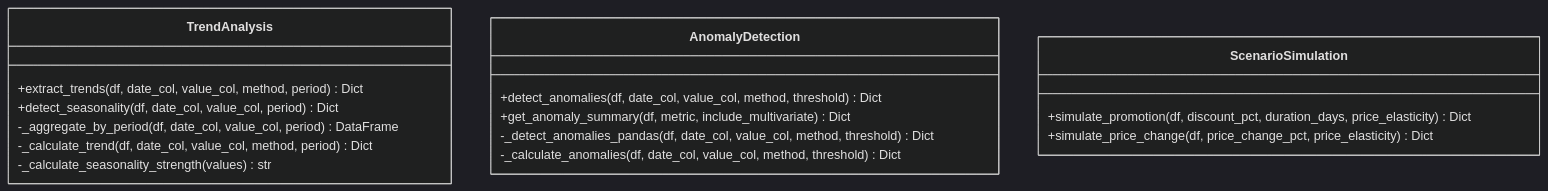
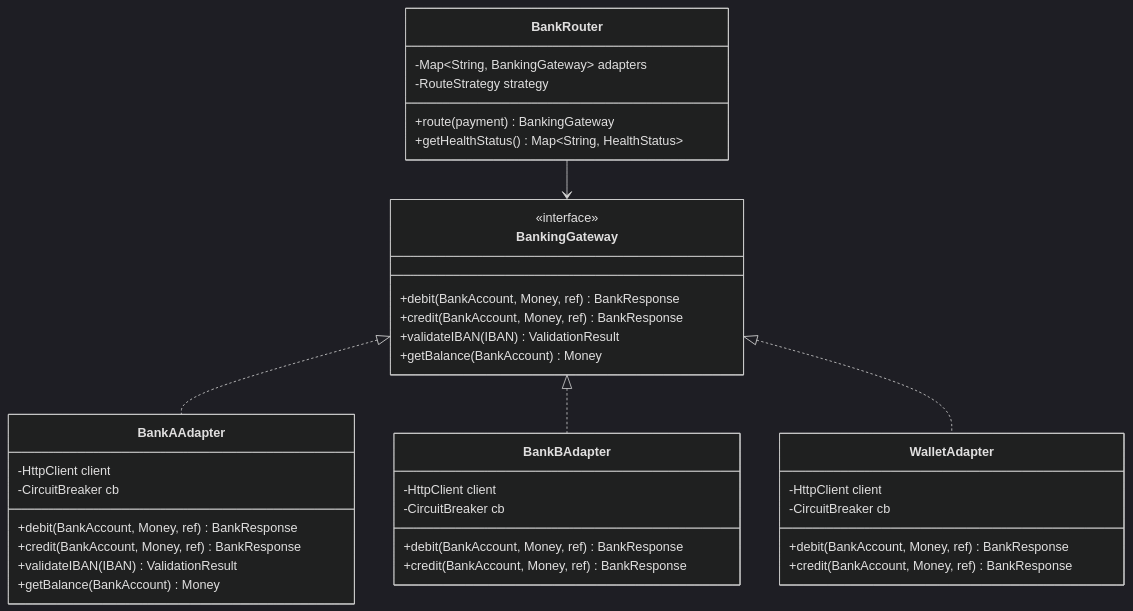
One commit to adityasinghz/kata changed the sixth of 6 diagrams in CLASS_DIAGRAM.md. Above: the diagram before and after it, drawn with Mermaid (dark theme). The commit also changed other lines of this file and 11 other files, not shown here.

````diff
--- a/CLASS_DIAGRAM.md
+++ b/CLASS_DIAGRAM.md
@@ -100,22 +512,46 @@
 ```mermaid
 classDiagram
-    class TrendAnalysis {
-        +extract_trends(df, date_col, value_col, method, period) Dict
-        +detect_seasonality(df, date_col, value_col, period) Dict
-        -_aggregate_by_period(df, date_col, value_col, period) DataFrame
-        -_calculate_trend(df, date_col, value_col, method, period) Dict
-        -_calculate_seasonality_strength(values) str
+
+    class BankingGateway {
+        <<interface>>
+        +debit(BankAccount, Money, ref) BankResponse
+        +credit(BankAccount, Money, ref) BankResponse
+        +validateIBAN(IBAN) ValidationResult
+        +getBalance(BankAccount) Money
     }
 
-    class AnomalyDetection {
-        +detect_anomalies(df, date_col, value_col, method, threshold) Dict
-        +get_anomaly_summary(df, metric, include_multivariate) Dict
-        -_detect_anomalies_pandas(df, date_col, value_col, method, threshold) Dict
-        -_calculate_anomalies(df, date_col, value_col, method, threshold) Dict
+    class BankAAdapter {
+        -HttpClient client
+        -CircuitBreaker cb
+        +debit(BankAccount, Money, ref) BankResponse
+        +credit(BankAccount, Money, ref) BankResponse
+        +validateIBAN(IBAN) ValidationResult
+        +getBalance(BankAccount) Money
     }
 
-    class ScenarioSimulation {
-        +simulate_promotion(df, discount_pct, duration_days, price_elasticity) Dict
-        +simulate_price_change(df, price_change_pct, price_elasticity) Dict
+    class BankBAdapter {
+        -HttpClient client
+        -CircuitBreaker cb
+        +debit(BankAccount, Money, ref) BankResponse
+        +credit(BankAccount, Money, ref) BankResponse
     }
+
+    class WalletAdapter {
+        -HttpClient client
+        -CircuitBreaker cb
+        +debit(BankAccount, Money, ref) BankResponse
+        +credit(BankAccount, Money, ref) BankResponse
+    }
+
+    class BankRouter {
+        -Map~String, BankingGateway~ adapters
+        -RouteStrategy strategy
+        +route(payment) BankingGateway
+        +getHealthStatus() Map~String, HealthStatus~
+    }
+
+    BankingGateway <|.. BankAAdapter
+    BankingGateway <|.. BankBAdapter
+    BankingGateway <|.. WalletAdapter
+    BankRouter --> BankingGateway
 ```
````
